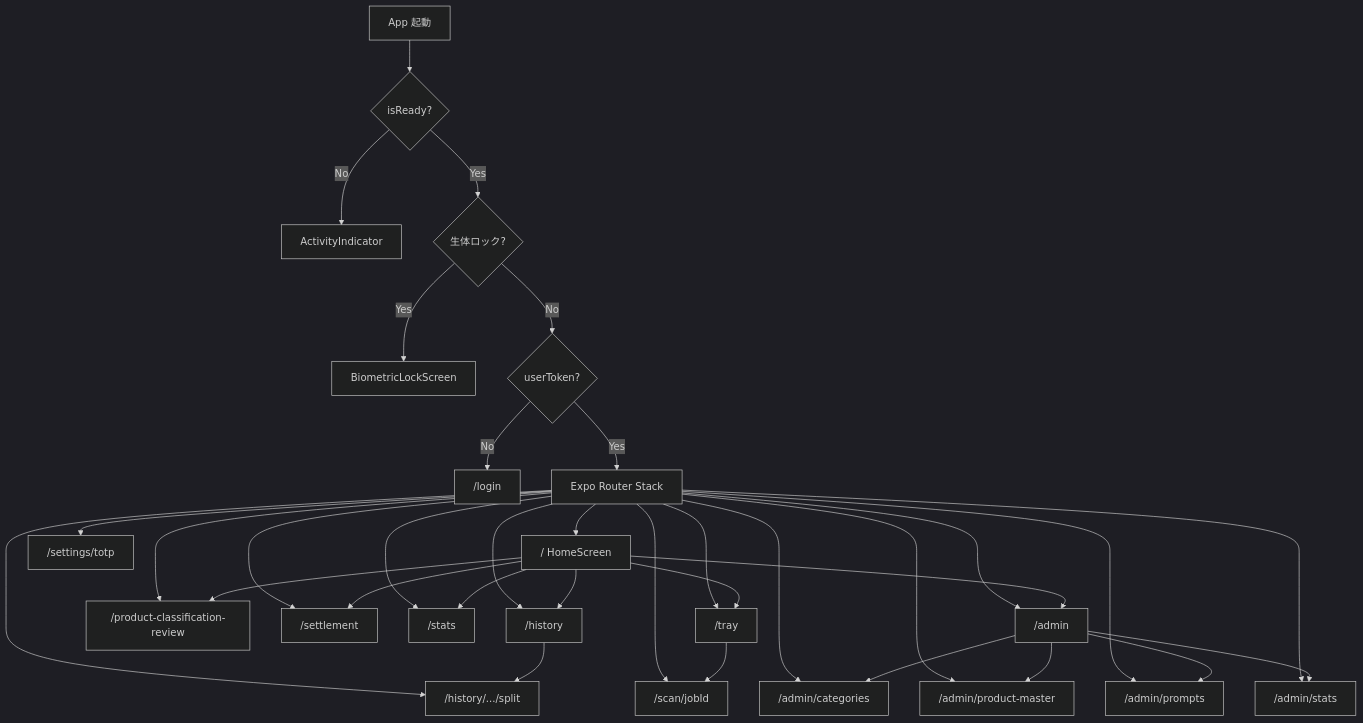
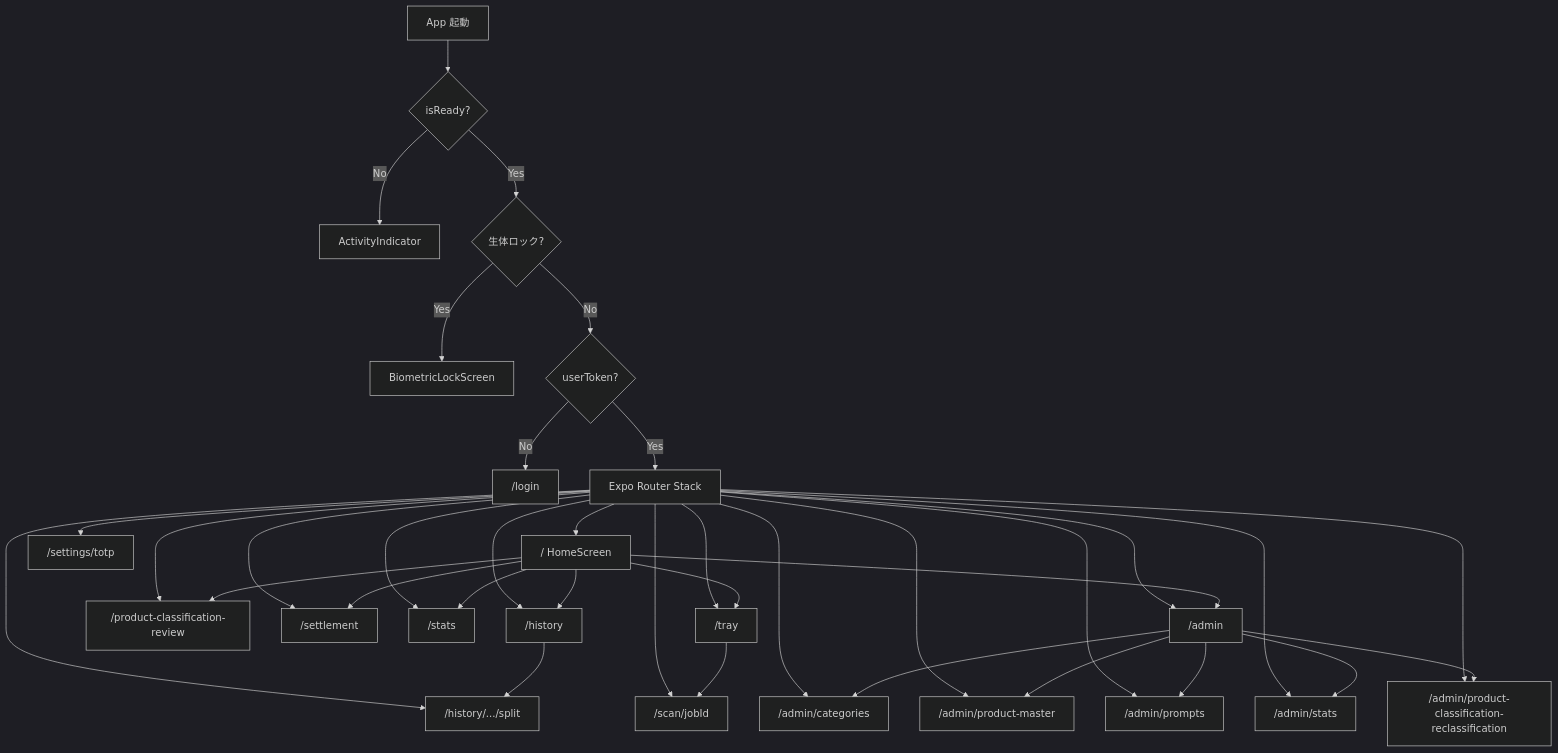
One commit to yama180sx/receipt-ai-app changed the first of 4 diagrams in docs/design/frontend-screens.md. Above: the diagram before and after it, drawn with Mermaid (dark theme). The commit also changed other lines of this file and 25 other files, not shown here.

````diff
--- a/docs/design/frontend-screens.md
+++ b/docs/design/frontend-screens.md
@@ -70,30 +71,31 @@
 ```mermaid
 flowchart TD
   Start[App 起動] --> Ready{isReady?}
   Ready -->|No| Loading[ActivityIndicator]
   Ready -->|Yes| Bio{生体ロック?}
   Bio -->|Yes| BioScreen[BiometricLockScreen]
   Bio -->|No| Auth{userToken?}
   Auth -->|No| Login["/login"]
   Auth -->|Yes| Routes[Expo Router Stack]
 
   Routes --> Home["/ HomeScreen"]
   Routes --> Hist["/history"]
   Routes --> ClassReview["/product-classification-review"]
   Routes --> Split["/history/.../split"]
   Routes --> Settle["/settlement"]
   Routes --> Stats["/stats"]
   Routes --> Tray["/tray"]
   Routes --> Scan["/scan/jobId"]
   Routes --> Admin["/admin"]
   Routes --> Cat["/admin/categories"]
   Routes --> Prod["/admin/product-master"]
   Routes --> Prompt["/admin/prompts"]
   Routes --> AdminS["/admin/stats"]
+  Routes --> Reclassification["/admin/product-classification-reclassification"]
   Routes --> Totp["/settings/totp"]
 
   Home --> Hist & ClassReview & Stats & Tray & Settle & Admin
   Tray --> Scan
   Hist --> Split
-  Admin --> Cat & Prod & Prompt & AdminS
+  Admin --> Cat & Prod & Prompt & AdminS & Reclassification
 ```
````
